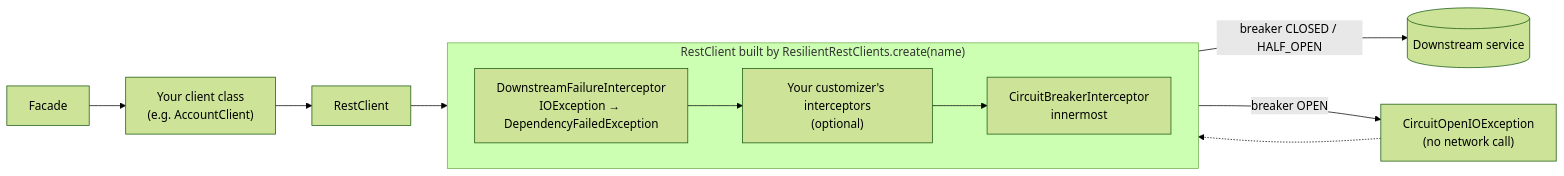
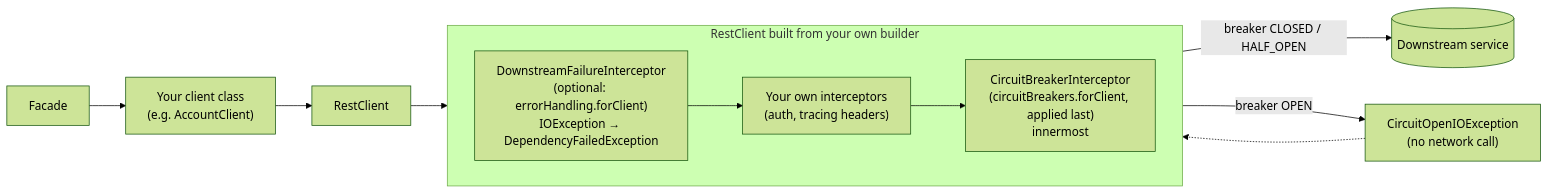
One commit to thepipeman/prototype-integrations changed the first of 5 diagrams in docs/circuit-breaker.md. Above: the diagram before and after it, drawn with Mermaid (forest theme). The commit also changed other lines of this file and 20 other files, not shown here.

First line of the commit message:
Circuit breaker v2: apply breakers to existing RestClients

````diff
--- a/docs/circuit-breaker.md
+++ b/docs/circuit-breaker.md
@@ -14,18 +15,18 @@
 ```mermaid
 flowchart LR
     F[Facade] --> C["Your client class<br/>(e.g. AccountClient)"]
     C --> RC[RestClient]
 
-    subgraph RC_INNER ["RestClient built by ResilientRestClients.create(name)"]
+    subgraph RC_INNER ["RestClient built from your own builder"]
         direction LR
-        DFI["DownstreamFailureInterceptor<br/>IOException → DependencyFailedException"]
-        CUST["Your customizer's interceptors<br/>(optional)"]
-        CBI["CircuitBreakerInterceptor<br/>innermost"]
+        DFI["DownstreamFailureInterceptor<br/>(optional: errorHandling.forClient)<br/>IOException → DependencyFailedException"]
+        CUST["Your own interceptors<br/>(auth, tracing headers)"]
+        CBI["CircuitBreakerInterceptor<br/>(circuitBreakers.forClient, applied last)<br/>innermost"]
         DFI --> CUST --> CBI
     end
 
     RC --> DFI
     CBI -- "breaker CLOSED / HALF_OPEN" --> NET[(Downstream service)]
     CBI -- "breaker OPEN" --> X["CircuitOpenIOException<br/>(no network call)"]
     X -.-> DFI
 ```
````
